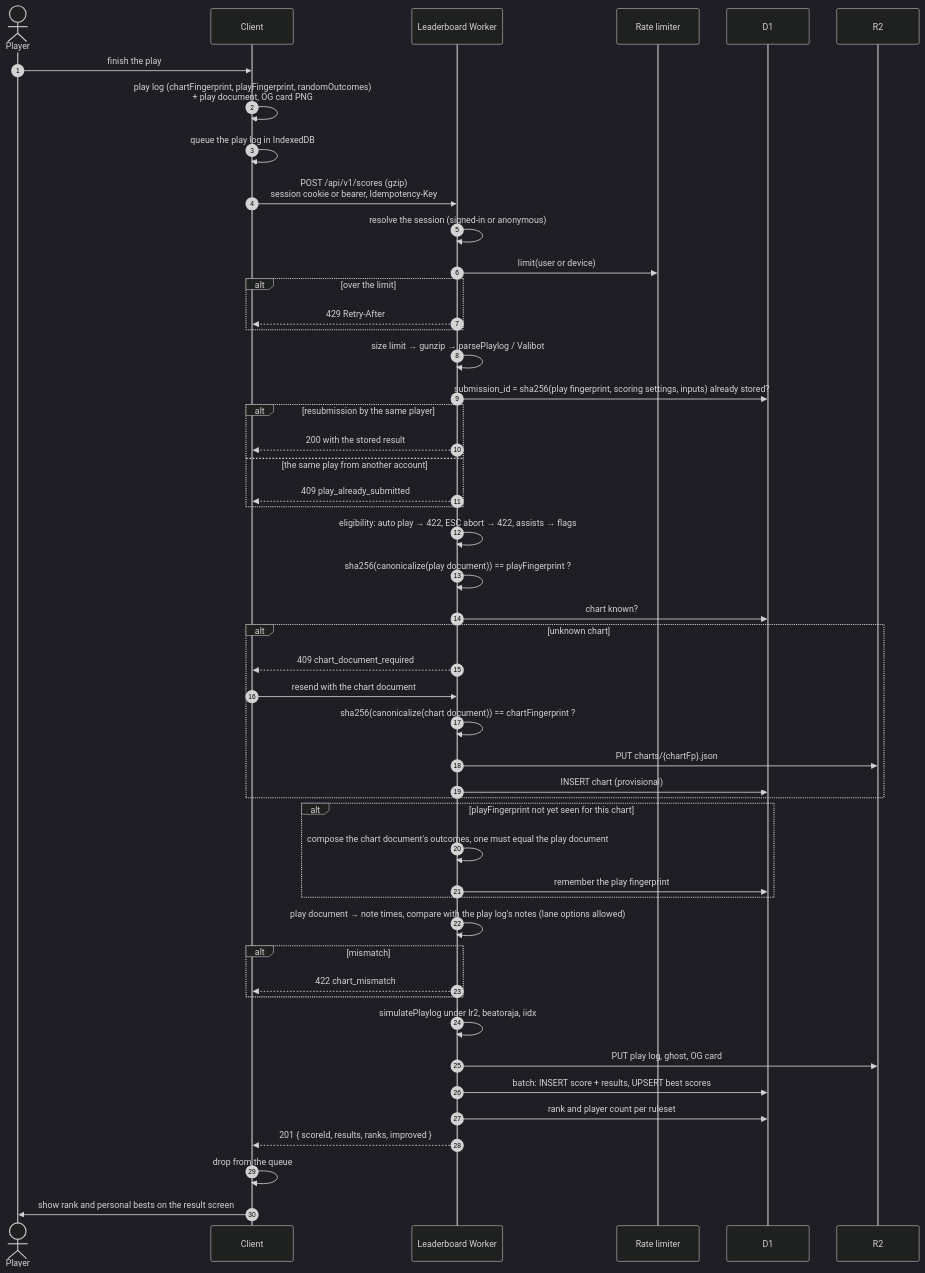
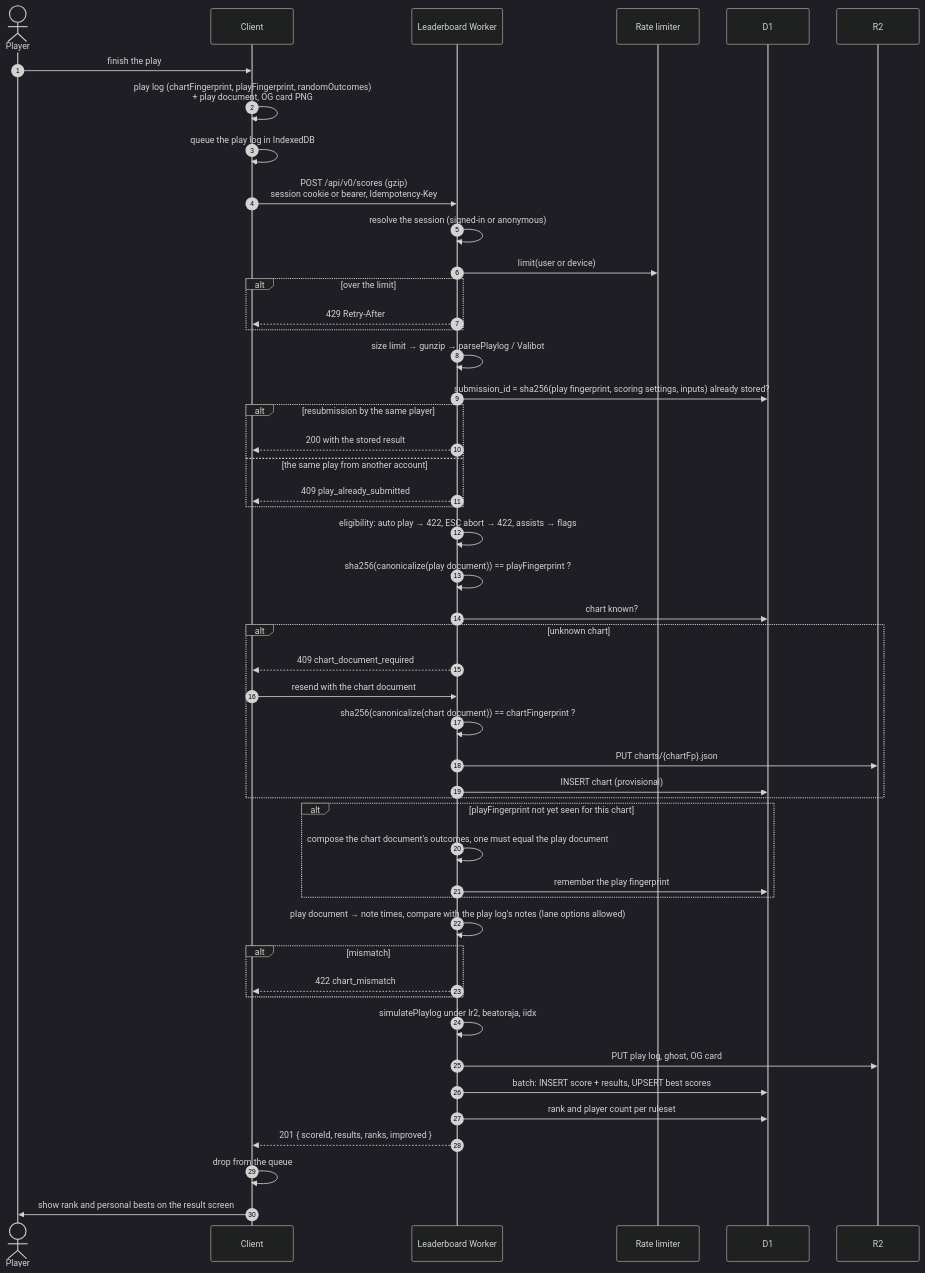
Before and after one commit to nulltask/be-music: the diagram in docs/leaderboard.md, drawn with Mermaid (dark theme). The commit also changed other lines of this file and 18 other files, not shown here.

````diff
--- a/docs/leaderboard.md
+++ b/docs/leaderboard.md
@@ -134,52 +134,52 @@
 ```mermaid
 sequenceDiagram
     autonumber
     actor P as Player
     participant C as Client
     participant A as Leaderboard Worker
     participant RL as Rate limiter
     participant D as D1
     participant R as R2
 
     P->>C: finish the play
     C->>C: play log (chartFingerprint, playFingerprint, randomOutcomes)<br/>+ play document, OG card PNG
     C->>C: queue the play log in IndexedDB
-    C->>A: POST /api/v1/scores (gzip)<br/>session cookie or bearer, Idempotency-Key
+    C->>A: POST /api/v0/scores (gzip)<br/>session cookie or bearer, Idempotency-Key
     A->>A: resolve the session (signed-in or anonymous)
     A->>RL: limit(user or device)
     alt over the limit
         A-->>C: 429 Retry-After
     end
     A->>A: size limit → gunzip → parsePlaylog / Valibot
     A->>D: submission_id = sha256(play fingerprint, scoring settings, inputs) already stored?
     alt resubmission by the same player
         A-->>C: 200 with the stored result
     else the same play from another account
         A-->>C: 409 play_already_submitted
     end
     A->>A: eligibility: auto play → 422, ESC abort → 422, assists → flags
     A->>A: sha256(canonicalize(play document)) == playFingerprint ?
     A->>D: chart known?
     alt unknown chart
         A-->>C: 409 chart_document_required
         C->>A: resend with the chart document
         A->>A: sha256(canonicalize(chart document)) == chartFingerprint ?
         A->>R: PUT charts/{chartFp}.json
         A->>D: INSERT chart (provisional)
     end
     alt playFingerprint not yet seen for this chart
         A->>A: compose the chart document's outcomes, one must equal the play document
         A->>D: remember the play fingerprint
     end
     A->>A: play document → note times, compare with the play log's notes (lane options allowed)
     alt mismatch
         A-->>C: 422 chart_mismatch
     end
     A->>A: simulatePlaylog under lr2, beatoraja, iidx
     A->>R: PUT play log, ghost, OG card
     A->>D: batch: INSERT score + results, UPSERT best scores
     A->>D: rank and player count per ruleset
     A-->>C: 201 { scoreId, results, ranks, improved }
     C->>C: drop from the queue
     C->>P: show rank and personal bests on the result screen
 ```
````
